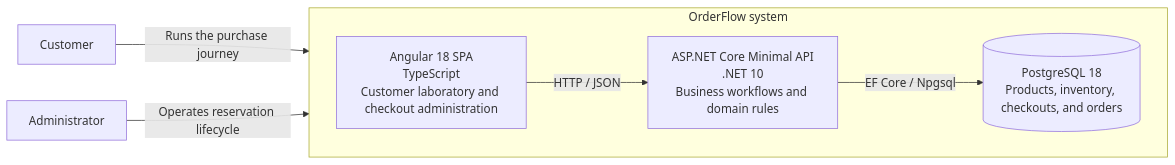
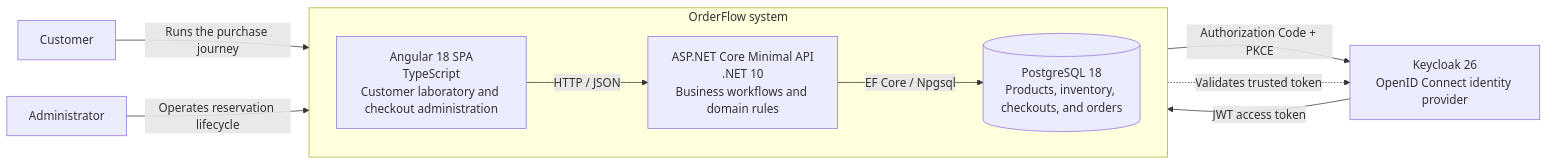
Before and after one commit to saulomlcosta/OrderFlow: the first of 2 diagrams in README.md, drawn with Mermaid. The commit also changed other lines of this file and 31 other files, not shown here.

````diff
--- a/README.md
+++ b/README.md
@@ -44,18 +46,23 @@
 ```mermaid
 flowchart LR
     Customer["Customer"]
     Administrator["Administrator"]
 
     subgraph OrderFlow["OrderFlow system"]
         direction LR
         Web["Angular 18 SPA<br/>TypeScript<br/>Customer laboratory and checkout administration"]
         Api["ASP.NET Core Minimal API<br/>.NET 10<br/>Business workflows and domain rules"]
         Database[("PostgreSQL 18<br/>Products, inventory, checkouts, and orders")]
 
         Web -->|"HTTP / JSON"| Api
         Api -->|"EF Core / Npgsql"| Database
     end
 
+    Identity["Keycloak 26<br/>OpenID Connect identity provider"]
+
     Customer -->|"Runs the purchase journey"| Web
     Administrator -->|"Operates reservation lifecycle"| Web
+    Web -->|"Authorization Code + PKCE"| Identity
+    Identity -->|"JWT access token"| Web
+    Api -.->|"Validates trusted token"| Identity
 ```
````
